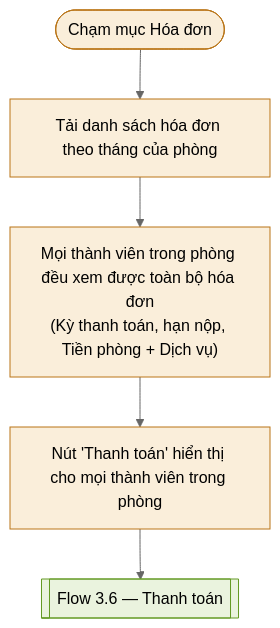
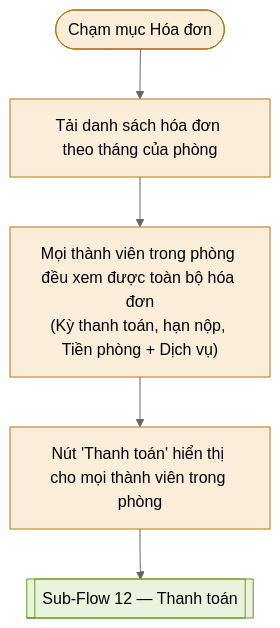
One commit to pbl6-home-renter/docs changed diagram 12 of 17 in phase-1/discovery/user_flow/tenant-user-flow.md. Above: the diagram before and after it, drawn with Mermaid (neutral theme). The commit also changed other lines of this file and 6 other files, not shown here.

````diff
--- a/phase-1/discovery/user_flow/tenant-user-flow.md
+++ b/phase-1/discovery/user_flow/tenant-user-flow.md
@@ -314,13 +267,13 @@
 ```mermaid
 flowchart TD
     Start(["Chạm mục Hóa đơn"]) --> LoadInvoice["Tải danh sách hóa đơn theo tháng của phòng"]
     LoadInvoice --> ViewInvoice["Mọi thành viên trong phòng đều xem được toàn bộ hóa đơn\n(Kỳ thanh toán, hạn nộp, Tiền phòng + Dịch vụ)"]
     ViewInvoice --> ActionPay["Nút 'Thanh toán' hiển thị cho mọi thành viên trong phòng"]
-    ActionPay --> Pay1[["Flow 3.6 — Thanh toán"]]
+    ActionPay --> Pay1[["Sub-Flow 12 — Thanh toán"]]
 
     style Start fill:#faeeda,stroke:#ba7517
     style LoadInvoice fill:#faeeda,stroke:#ba7517
     style ViewInvoice fill:#faeeda,stroke:#ba7517
     style ActionPay fill:#faeeda,stroke:#ba7517
     style Pay1 fill:#eaf3de,stroke:#639922
 ```
````
